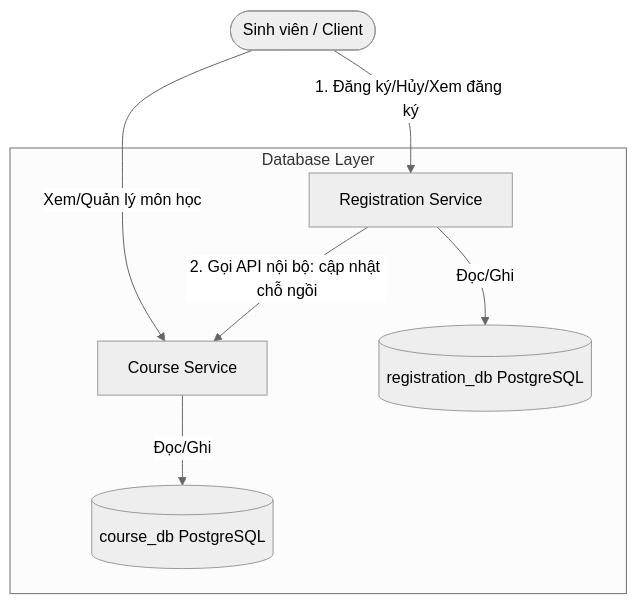
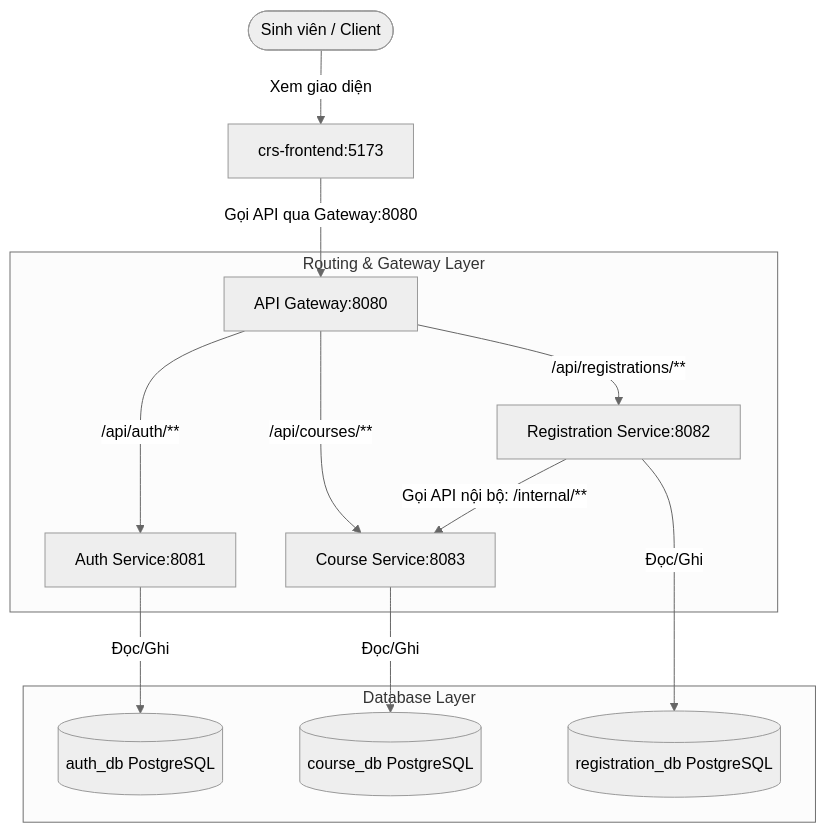
Before and after one commit to LeGiaHung29805/crs-microservices: the diagram in docs/thiet-ke-bien-gioi-service.md, drawn with Mermaid (neutral theme). The commit also changed other lines of this file, not shown here.

Commit message:
update service session 5

````diff
--- a/docs/thiet-ke-bien-gioi-service.md
+++ b/docs/thiet-ke-bien-gioi-service.md
@@ -13,12 +16,19 @@
 ```mermaid
 graph TD
-    User([Sinh viên / Client]) -->|1. Đăng ký/Hủy/Xem đăng ký| RegistrationService[Registration Service]
-    User -->|Xem/Quản lý môn học| CourseService[Course Service]
+    User([Sinh viên / Client]) -->|Xem giao diện| Frontend[crs-frontend:5173]
+    Frontend -->|Gọi API qua Gateway:8080| Gateway[API Gateway:8080]
     
-    RegistrationService -->|2. Gọi API nội bộ: cập nhật chỗ ngồi| CourseService
+    subgraph Routing & Gateway Layer
+        Gateway -->|/api/auth/**| AuthService[Auth Service:8081]
+        Gateway -->|/api/courses/**| CourseService[Course Service:8083]
+        Gateway -->|/api/registrations/**| RegistrationService[Registration Service:8082]
+    end
+
+    RegistrationService -->|Gọi API nội bộ: /internal/**| CourseService
     
     subgraph Database Layer
+        AuthService -->|Đọc/Ghi| DB_Auth[(auth_db PostgreSQL)]
         CourseService -->|Đọc/Ghi| DB_Course[(course_db PostgreSQL)]
         RegistrationService -->|Đọc/Ghi| DB_Reg[(registration_db PostgreSQL)]
     end
 ```
````
